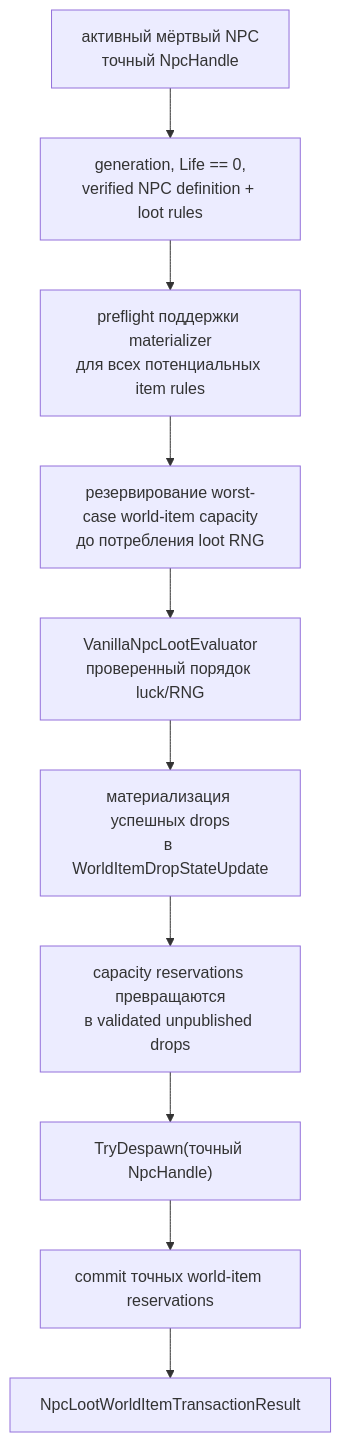
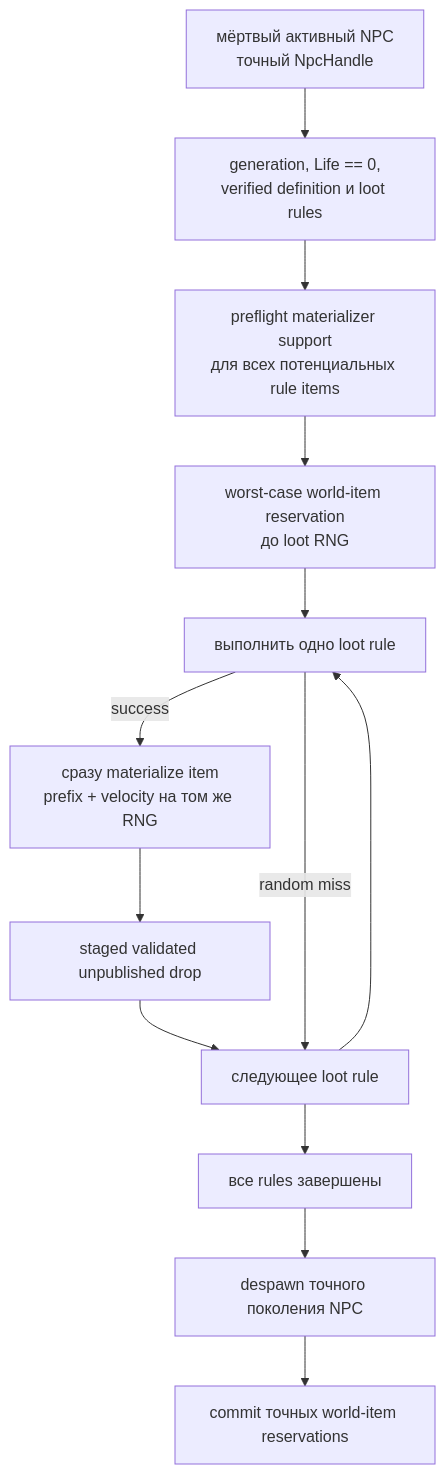
One commit to VegaKernel/TerraRuntime changed the diagram in docs/ru/npc-death-loot-finalization.md. Above: the diagram before and after it, drawn with Mermaid. The commit also changed other lines of this file and 13 other files, not shown here.

First line of the commit message:
Gameplay: materialize Blue Slime loot with vanilla RNG ordering

````diff
--- a/docs/ru/npc-death-loot-finalization.md
+++ b/docs/ru/npc-death-loot-finalization.md
@@ -12,12 +7,15 @@
 ```mermaid
 flowchart TD
-    Dead["активный мёртвый NPC\nточный NpcHandle"] --> Validate["generation, Life == 0,\nverified NPC definition + loot rules"]
-    Validate --> Support["preflight поддержки materializer\nдля всех потенциальных item rules"]
-    Support --> Capacity["резервирование worst-case world-item capacity\nдо потребления loot RNG"]
-    Capacity --> Loot["VanillaNpcLootEvaluator\nпроверенный порядок luck/RNG"]
-    Loot --> Materialize["материализация успешных drops\nв WorldItemDropStateUpdate"]
-    Materialize --> Stage["capacity reservations превращаются\nв validated unpublished drops"]
-    Stage --> Despawn["TryDespawn(точный NpcHandle)"]
+    Dead["мёртвый активный NPC\nточный NpcHandle"] --> Validate["generation, Life == 0,\nverified definition и loot rules"]
+    Validate --> Support["preflight materializer support\nдля всех потенциальных rule items"]
+    Support --> Capacity["worst-case world-item reservation\nдо loot RNG"]
+    Capacity --> Rule["выполнить одно loot rule"]
+    Rule -->|success| Materialize["сразу materialize item\nprefix + velocity на том же RNG"]
+    Materialize --> Stage["staged validated unpublished drop"]
+    Stage --> Next["следующее loot rule"]
+    Rule -->|random miss| Next
+    Next --> Rule
+    Next --> Done["все rules завершены"]
+    Done --> Despawn["despawn точного поколения NPC"]
     Despawn --> Commit["commit точных world-item reservations"]
-    Commit --> Result["NpcLootWorldItemTransactionResult"]
 ```
````
